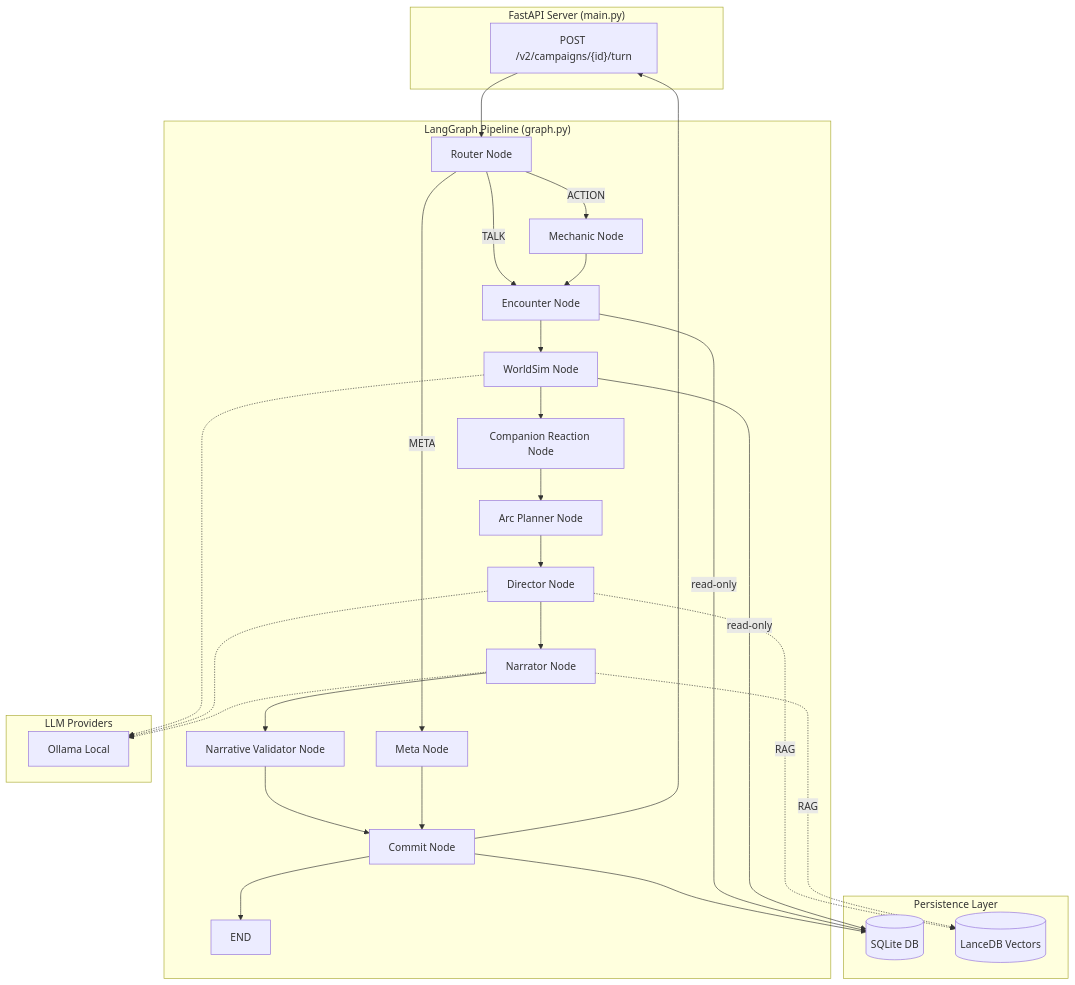
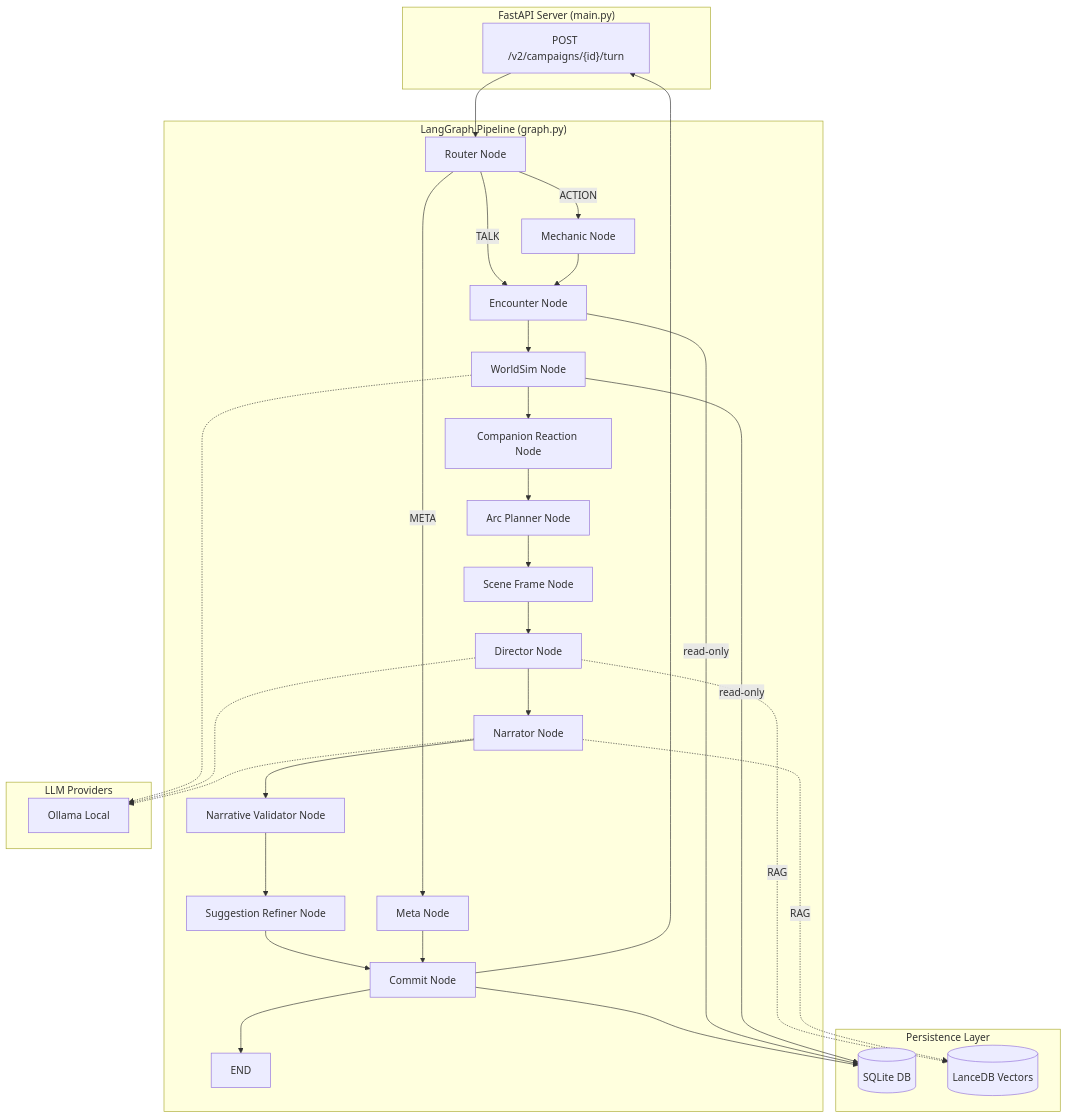
The diagram in docs/00_overview.md (DinomyteHero/Storyteller-V2), drawn with Mermaid before and after one commit. The commit also changed other lines of this file and 7 other files, not shown here.

````diff
--- a/docs/00_overview.md
+++ b/docs/00_overview.md
@@ -44,42 +44,44 @@
 ```mermaid
 graph TD
     subgraph "FastAPI Server (main.py)"
         API["POST /v2/campaigns/{id}/turn"]
     end
 
     subgraph "LangGraph Pipeline (graph.py)"
         R[Router Node] --> | META| META[Meta Node]
         R --> | TALK| ENC[Encounter Node]
         R --> | ACTION| MECH[Mechanic Node]
         MECH --> ENC
         ENC --> WS[WorldSim Node]
         WS --> CR[Companion Reaction Node]
         CR --> ARC[Arc Planner Node]
-        ARC --> DIR[Director Node]
+        ARC --> SF[Scene Frame Node]
+        SF --> DIR[Director Node]
         DIR --> NAR[Narrator Node]
         NAR --> VAL[Narrative Validator Node]
-        VAL --> COMMIT[Commit Node]
+        VAL --> REF[Suggestion Refiner Node]
+        REF --> COMMIT[Commit Node]
         META --> COMMIT
         COMMIT --> END_NODE[END]
     end
 
     subgraph "Persistence Layer"
         SQLite[(SQLite DB)]
         LanceDB[(LanceDB Vectors)]
     end
 
     subgraph "LLM Providers"
         Ollama[Ollama Local]
     end
 
     API --> R
     COMMIT --> SQLite
     ENC --> | read-only| SQLite
     WS --> | read-only| SQLite
     DIR -.-> | RAG| LanceDB
     NAR -.-> | RAG| LanceDB
     WS -.-> Ollama
     DIR -.-> Ollama
     NAR -.-> Ollama
     COMMIT --> API
 ```
````
